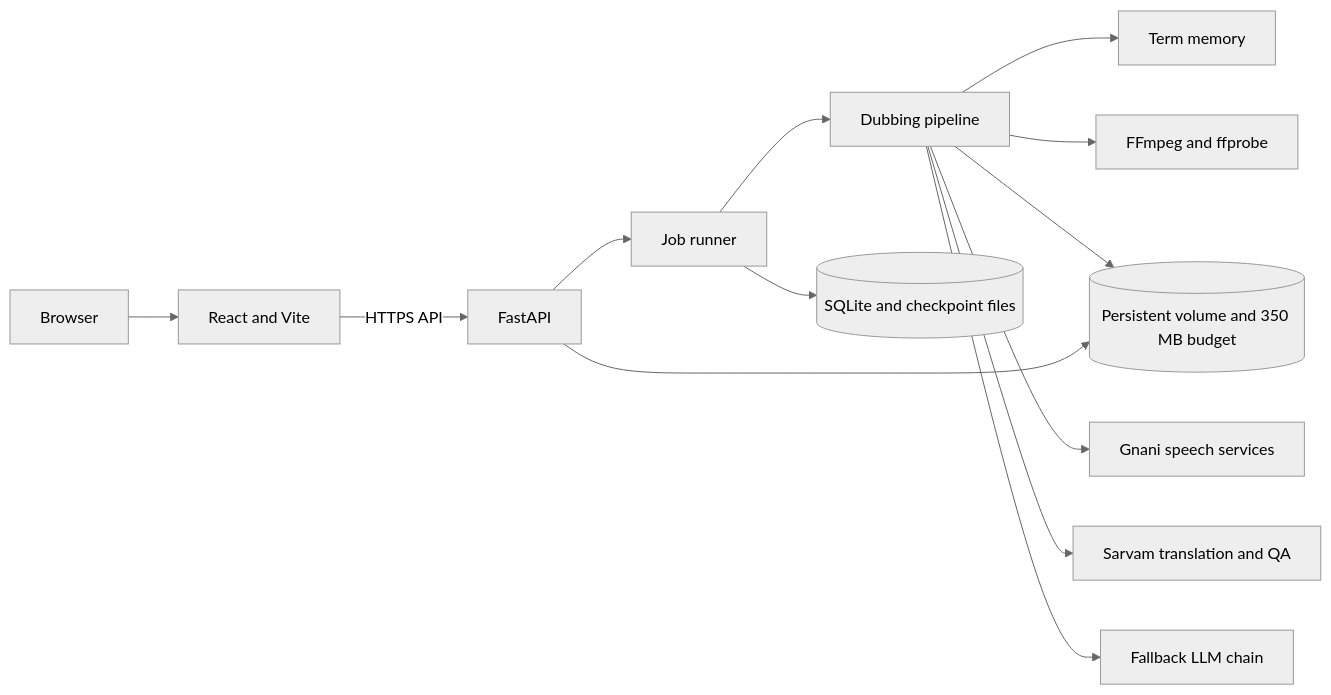
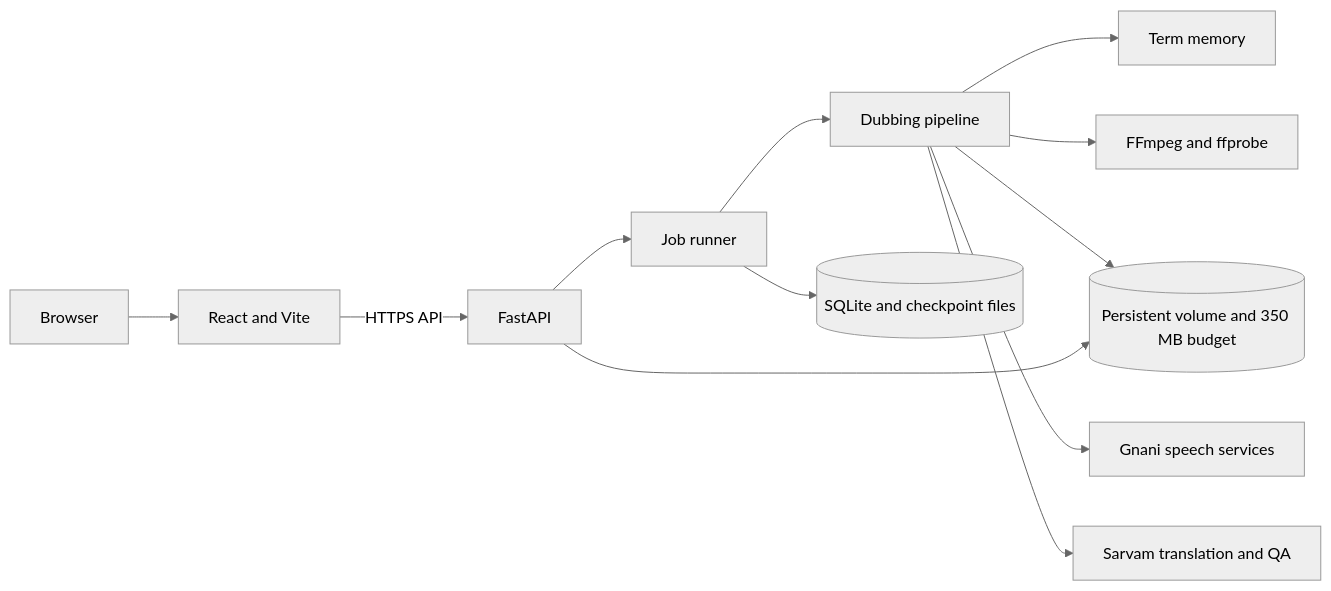
Before and after one commit to Aarti-panchal01/anek: the second of 5 diagrams in README.md, drawn with Mermaid (neutral theme). The commit also changed other lines of this file and 13 other files, not shown here.

````diff
--- a/README.md
+++ b/README.md
@@ -85,15 +85,14 @@
 ```mermaid
 flowchart LR
     Browser --> Vercel[React and Vite]
     Vercel -->|HTTPS API| FastAPI
     FastAPI --> Jobs[Job runner]
     Jobs --> Pipeline[Dubbing pipeline]
     Jobs --> Checkpoints[(SQLite and checkpoint files)]
     Pipeline --> Terms[Term memory]
     Pipeline --> Media[FFmpeg and ffprobe]
     Pipeline --> Storage[(Persistent volume and 350 MB budget)]
     FastAPI --> Storage
     Pipeline --> Gnani[Gnani speech services]
     Pipeline --> Sarvam[Sarvam translation and QA]
-    Pipeline --> Fallback[Fallback LLM chain]
 ```
````
